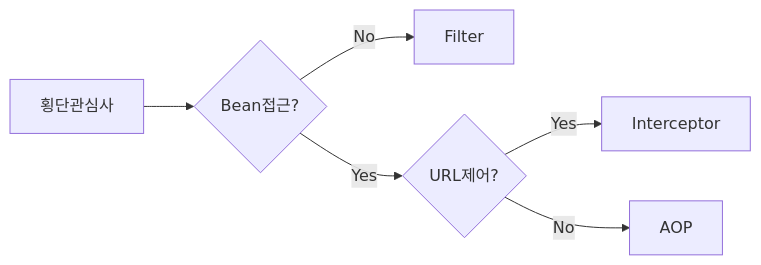
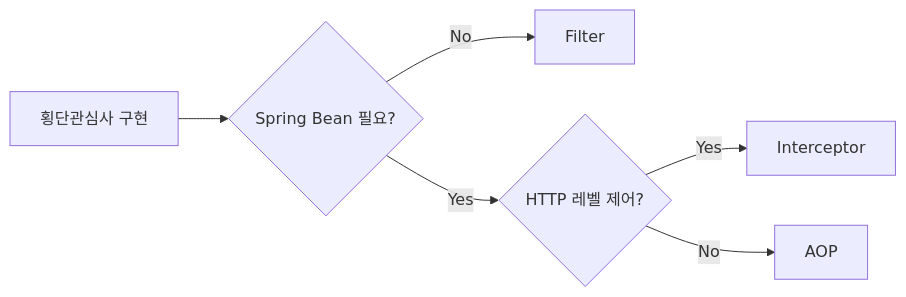
Before and after one commit to yjkim2015/yjkim2015.github.io: the second of 4 diagrams in _posts/spring/2026-05-02-spring-interceptor.md, drawn with Mermaid. The commit also changed other lines of this file and 4 other files, not shown here.

````diff
--- a/_posts/spring/2026-05-02-spring-interceptor.md
+++ b/_posts/spring/2026-05-02-spring-interceptor.md
@@ -138,8 +444,8 @@
 ```mermaid
 graph LR
-    A[횡단관심사] --> B{Bean접근?}
+    A[횡단관심사 구현] --> B{Spring Bean 필요?}
     B -->|No| C[Filter]
-    B -->|Yes| D{URL제어?}
+    B -->|Yes| D{HTTP 레벨 제어?}
     D -->|Yes| E[Interceptor]
     D -->|No| F[AOP]
 ```
````
